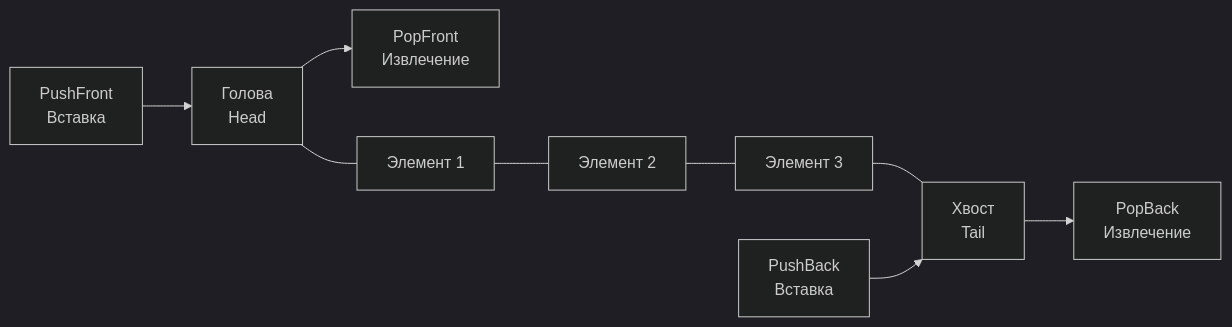
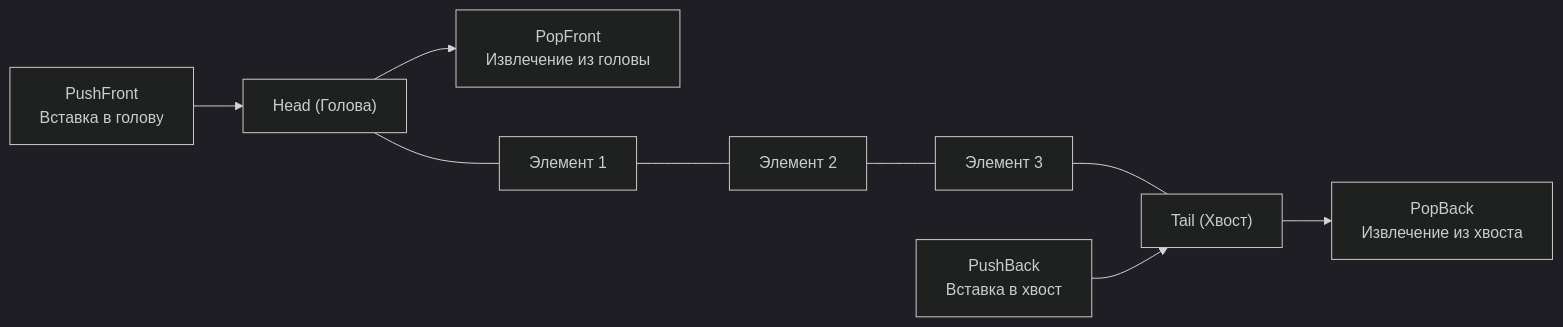
The first of 4 diagrams in sources/20. Алгоритмы и структуры данных (DSA) на Go/02. Базовые структуры данных/6. Дек - двусторонняя очередь.md (UnrealTemplier/go-textbook), drawn with Mermaid (dark theme) before and after one commit. The commit also changed other lines of this file, not shown here.

````diff
--- a/sources/20. Алгоритмы и структуры данных (DSA) на Go/02. Базовые структуры данных/6. Дек - двусторонняя очередь.md
+++ b/sources/20. Алгоритмы и структуры данных (DSA) на Go/02. Базовые структуры данных/6. Дек - двусторонняя очередь.md
@@ -18,10 +21,10 @@
 ```mermaid
 flowchart LR
-    PushFront["PushFront<br>Вставка"] --> Head["Голова<br>Head"]
-    Head --> PopFront["PopFront<br>Извлечение"]
+    PushFront["PushFront<br/>Вставка в голову"] --> Head["Head (Голова)"]
+    Head --> PopFront["PopFront<br/>Извлечение из головы"]
     
-    Head --- E1["Элемент 1"] --- E2["Элемент 2"] --- E3["Элемент 3"] --- Tail["Хвост<br>Tail"]
+    Head --- E1["Элемент 1"] --- E2["Элемент 2"] --- E3["Элемент 3"] --- Tail["Tail (Хвост)"]
     
-    PushBack["PushBack<br>Вставка"] --> Tail
-    Tail --> PopBack["PopBack<br>Извлечение"]
+    PushBack["PushBack<br/>Вставка в хвост"] --> Tail
+    Tail --> PopBack["PopBack<br/>Извлечение из хвоста"]
 ```
````
